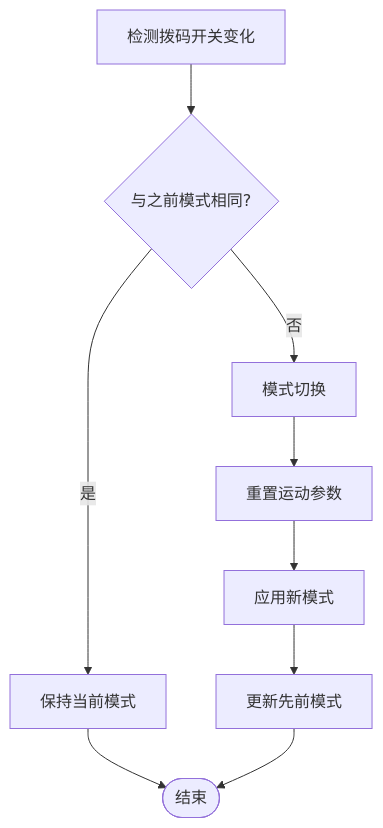
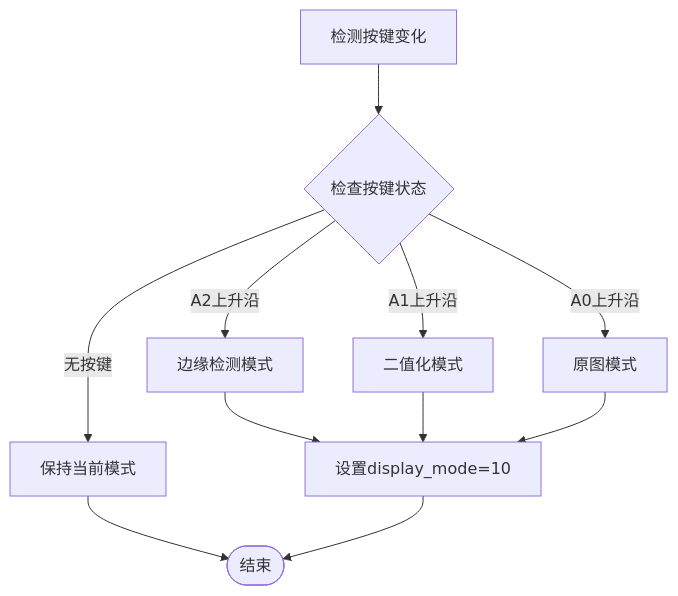
Before and after one commit to soupherexd/LCD_ROM_PIC: diagram 12 of 16 in .qoder/repowiki/zh/content/运动控制.md, drawn with Mermaid. The commit also changed other lines of this file and 5 other files, not shown here.

````diff
--- a/.qoder/repowiki/zh/content/运动控制.md
+++ b/.qoder/repowiki/zh/content/运动控制.md
@@ -355,11 +400,13 @@
 ```mermaid
 flowchart TD
-DetectSwitch["检测拨码开关变化"] --> ComparePrev{"与之前模式相同?"}
-ComparePrev --> |是| NoChange["保持当前模式"]
-ComparePrev --> |否| ModeChange["模式切换"]
-ModeChange --> ResetParams["重置运动参数"]
-ResetParams --> ApplyNewMode["应用新模式"]
-ApplyNewMode --> UpdatePrev["更新先前模式"]
-NoChange --> End([结束])
-UpdatePrev --> End
+DetectKey["检测按键变化"] --> CheckKey{"检查按键状态"}
+CheckKey --> |A2上升沿| EdgeMode["边缘检测模式"]
+CheckKey --> |A1上升沿| BinaryMode["二值化模式"]
+CheckKey --> |A0上升沿| OriginalMode["原图模式"]
+CheckKey --> |无按键| KeepCurrent["保持当前模式"]
+EdgeMode --> SetDisplayMode["设置display_mode=10"]
+BinaryMode --> SetDisplayMode
+OriginalMode --> SetDisplayMode
+KeepCurrent --> End([结束])
+SetDisplayMode --> End
 ```
````
